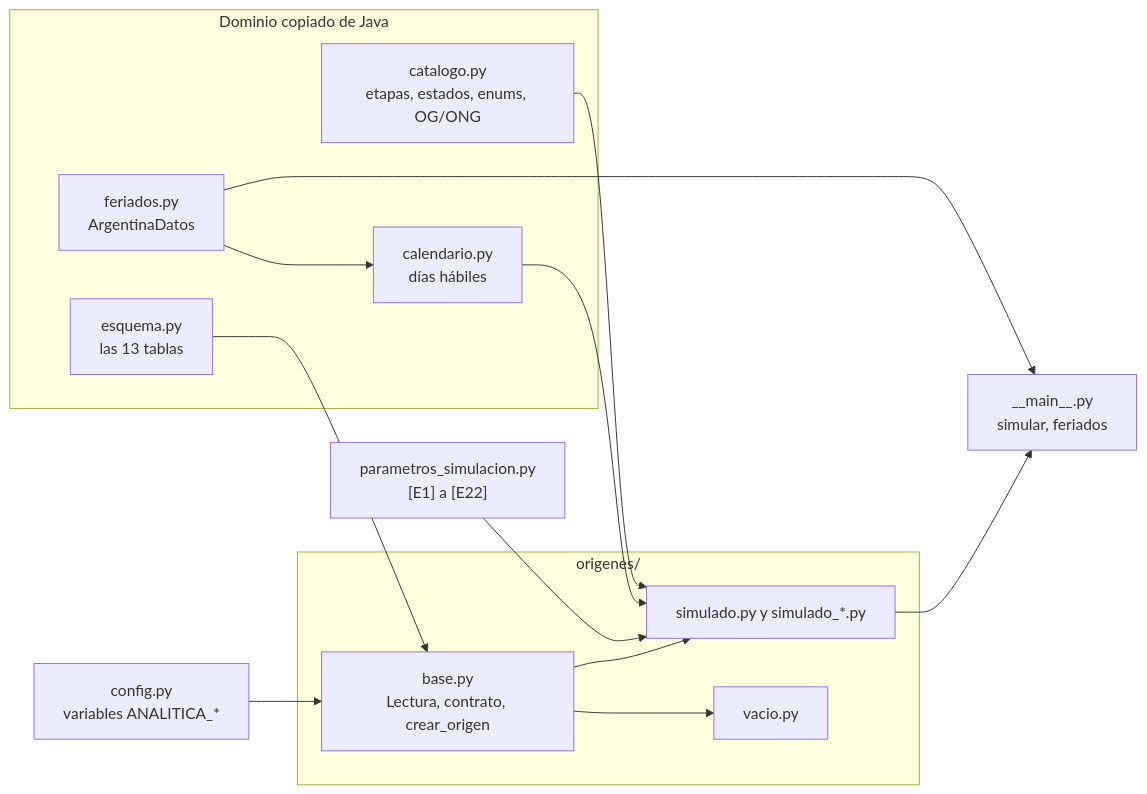
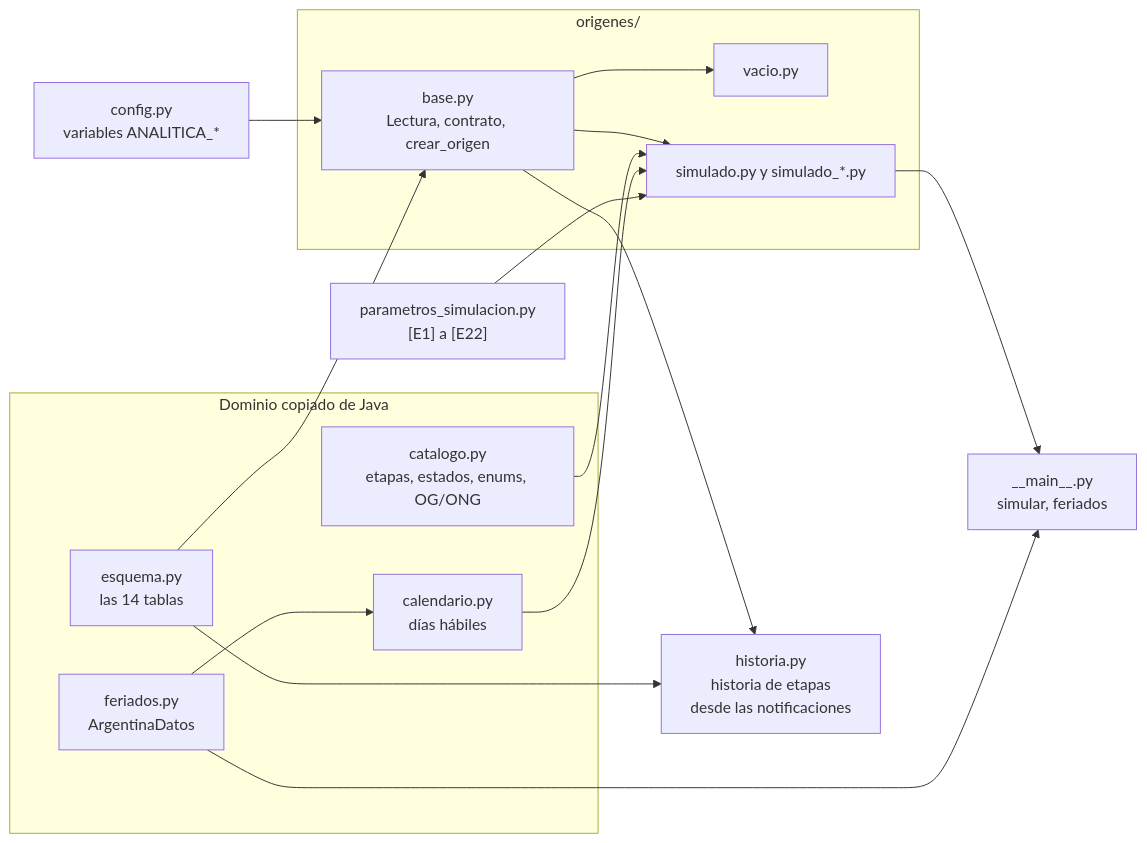
The second of 2 diagrams in README.md (enzopazzelli/vivso-analitica), drawn with Mermaid before and after one commit. The commit also changed other lines of this file and 6 other files, not shown here.

````diff
--- a/README.md
+++ b/README.md
@@ -62,27 +64,30 @@
 ```mermaid
 flowchart LR
     config["config.py<br/>variables ANALITICA_*"]
     subgraph dominio["Dominio copiado de Java"]
         catalogo["catalogo.py<br/>etapas, estados, enums, OG/ONG"]
         calendario["calendario.py<br/>días hábiles"]
         feriados["feriados.py<br/>ArgentinaDatos"]
-        esquema["esquema.py<br/>las 13 tablas"]
+        esquema["esquema.py<br/>las 14 tablas"]
     end
+    historia["historia.py<br/>historia de etapas<br/>desde las notificaciones"]
     subgraph origenes["origenes/"]
         base["base.py<br/>Lectura, contrato, crear_origen"]
         vacio["vacio.py"]
         simulado["simulado.py y simulado_*.py"]
     end
     parametros["parametros_simulacion.py<br/>[E1] a [E22]"]
     cli["__main__.py<br/>simular, feriados"]
     feriados --> calendario
     config --> base
     esquema --> base
     base --> vacio
     base --> simulado
     catalogo --> simulado
     calendario --> simulado
     parametros --> simulado
     simulado --> cli
     feriados --> cli
+    base --> historia
+    esquema --> historia
 ```
````
